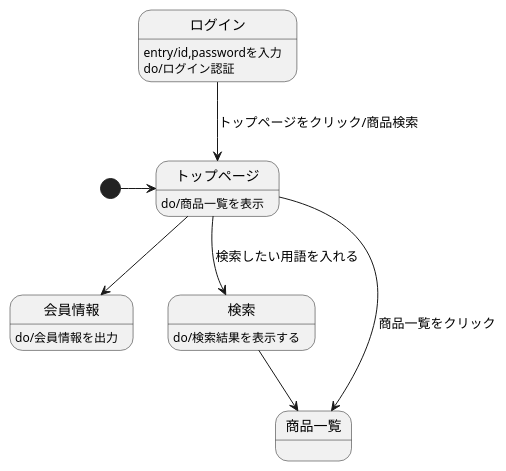
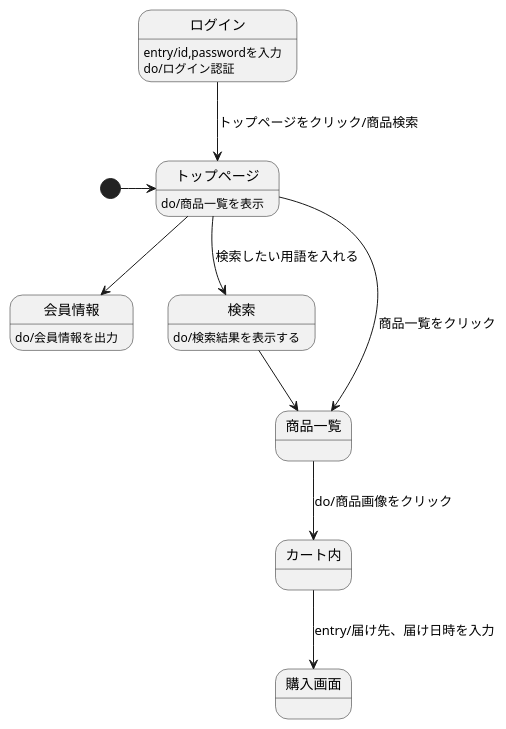
The diagram in 画面遷移図(original).md (Aso2001224/2021sys-design), drawn with PlantUML before and after one commit.

````diff
--- a/画面遷移図(original).md
+++ b/画面遷移図(original).md
@@ -1,15 +1,17 @@
 ```uml
 @startuml
 [*]->トップページ
 トップページ:do/商品一覧を表示
 ログイン-->トップページ:トップページをクリック/商品検索
 ログイン:entry/id,passwordを入力
 ログイン:do/ログイン認証
 トップページ-->会員情報
 会員情報:do/会員情報を出力
 トップページ-->検索 :検索したい用語を入れる
 検索:do/検索結果を表示する
 トップページ-->商品一覧 :商品一覧をクリック
 検索-->商品一覧
+商品一覧-->カート内: do/商品画像をクリック
+カート内--> 購入画面:entry/届け先、届け日時を入力
 @enduml
 ```
````
